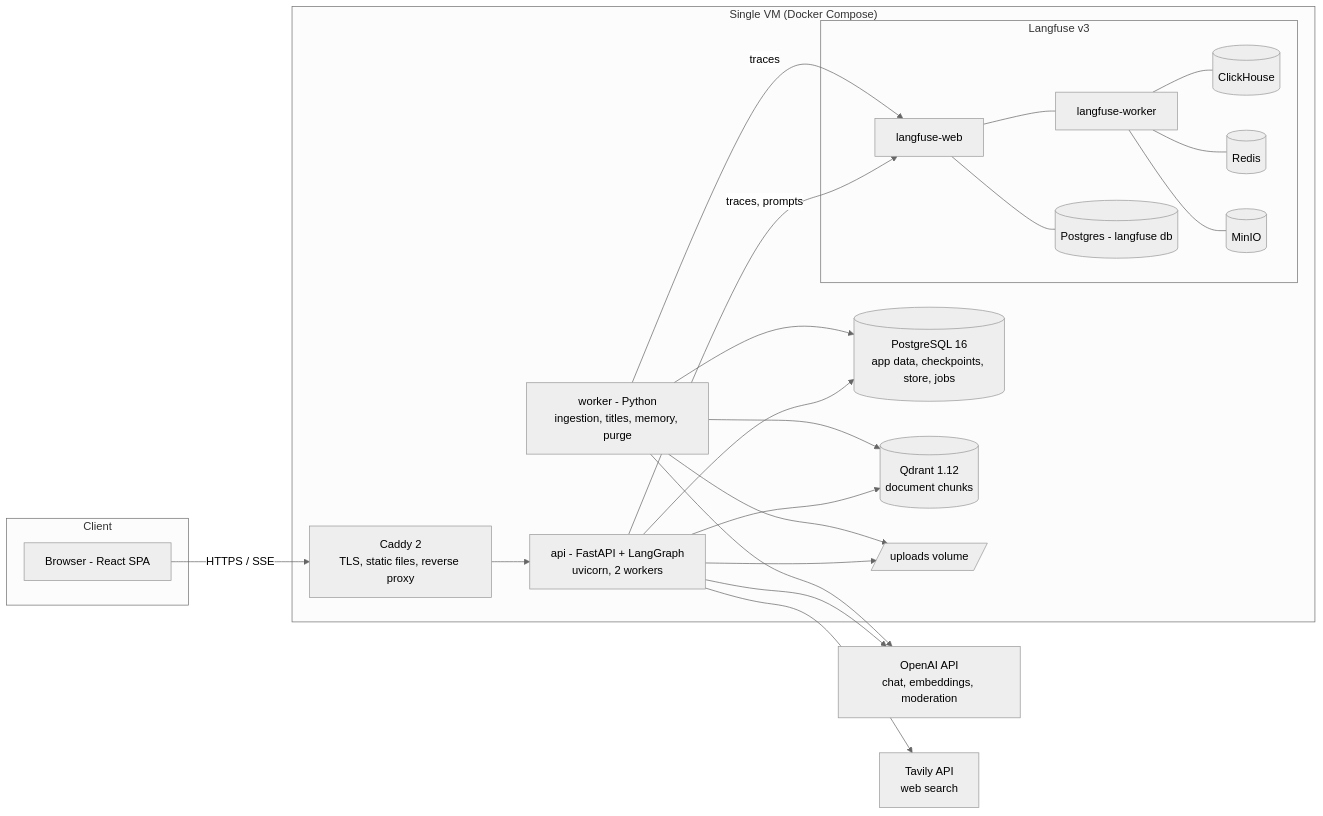
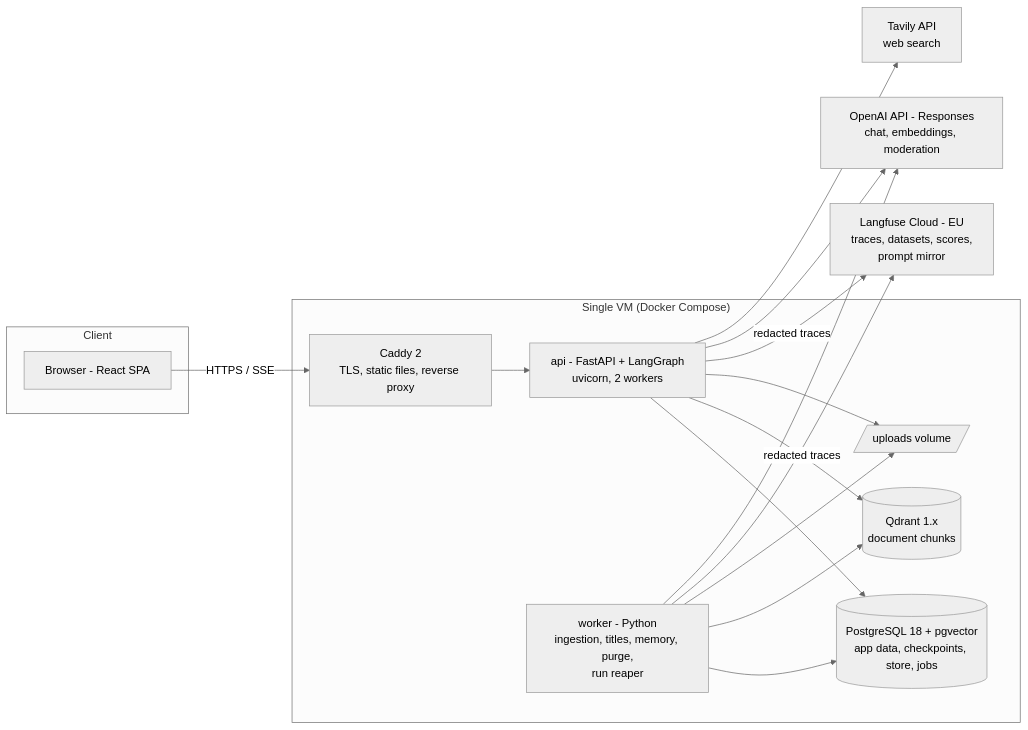
Before and after one commit to dinesh24murali/nexus-ai: the first of 3 diagrams in docs/02_outputs/03_tech_architecture.md, drawn with Mermaid (neutral theme). The commit also changed other lines of this file and 35 other files, not shown here.

````diff
--- a/docs/02_outputs/03_tech_architecture.md
+++ b/docs/02_outputs/03_tech_architecture.md
@@ -7,30 +7,24 @@
 ```mermaid
 flowchart LR
   subgraph Client
     B[Browser - React SPA]
   end
   subgraph VM["Single VM (Docker Compose)"]
     C[Caddy 2<br/>TLS, static files, reverse proxy]
     A[api - FastAPI + LangGraph<br/>uvicorn, 2 workers]
-    W[worker - Python<br/>ingestion, titles, memory, purge]
-    P[(PostgreSQL 16<br/>app data, checkpoints, store, jobs)]
-    Q[(Qdrant 1.12<br/>document chunks)]
+    W[worker - Python<br/>ingestion, titles, memory, purge,<br/>run reaper]
+    P[(PostgreSQL 18 + pgvector<br/>app data, checkpoints, store, jobs)]
+    Q[(Qdrant 1.x<br/>document chunks)]
     V[/uploads volume/]
-    subgraph LF["Langfuse v3"]
-      LW[langfuse-web] --- LWk[langfuse-worker]
-      LWk --- CH[(ClickHouse)]
-      LWk --- R[(Redis)]
-      LWk --- M[(MinIO)]
-      LW --- LP[(Postgres - langfuse db)]
-    end
   end
-  O[OpenAI API<br/>chat, embeddings, moderation]
+  O[OpenAI API - Responses<br/>chat, embeddings, moderation]
   T[Tavily API<br/>web search]
+  LF[Langfuse Cloud - EU<br/>traces, datasets, scores,<br/>prompt mirror]
   B -- HTTPS / SSE --> C --> A
   A --> P & Q & V
   W --> P & Q & V
-  A -- traces, prompts --> LW
-  W -- traces --> LW
+  A -- redacted traces --> LF
+  W -- redacted traces --> LF
   A --> O & T
   W --> O
 ```
````
